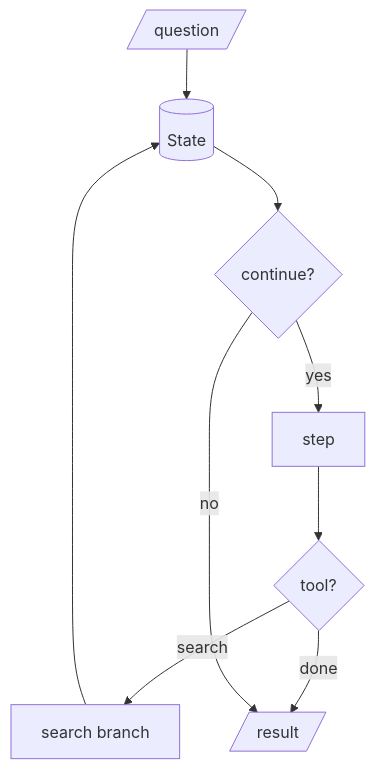
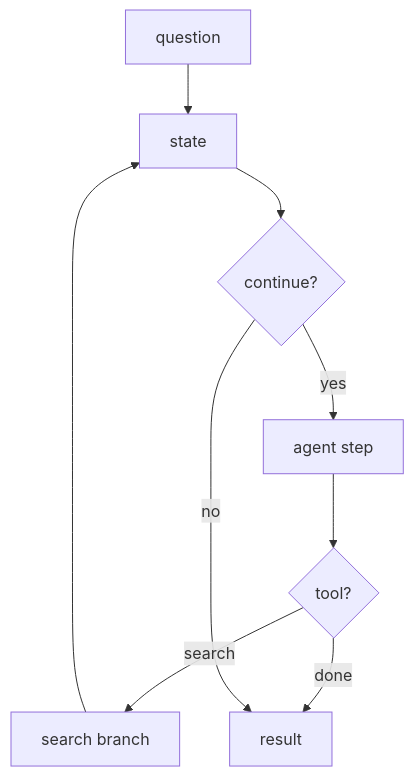
The diagram in docs/recipes/tool-use-agent.md (ASEM000/autoform), drawn with Mermaid before and after one commit. The commit also changed 5 other files, not shown here.

Commit message:
docs: normalize mermaid

````diff
--- a/docs/recipes/tool-use-agent.md
+++ b/docs/recipes/tool-use-agent.md
@@ -9,11 +9,11 @@
 ```{mermaid}
 flowchart TD
-    Q[/question/] --> S[(State)]
-    S --> C{"continue?"}
-    C -- yes --> Step["step"]
-    Step --> D{"tool?"}
-    D -- search --> Search["search branch"]
-    Search --> S
-    D -- done --> R[/result/]
-    C -- no --> R
+    question["question"] --> state["state"]
+    state --> should_continue{"continue?"}
+    should_continue -- "yes" --> step["agent step"]
+    step --> tool{"tool?"}
+    tool -- "search" --> search["search branch"]
+    search --> state
+    tool -- "done" --> result["result"]
+    should_continue -- "no" --> result
 ```
````
